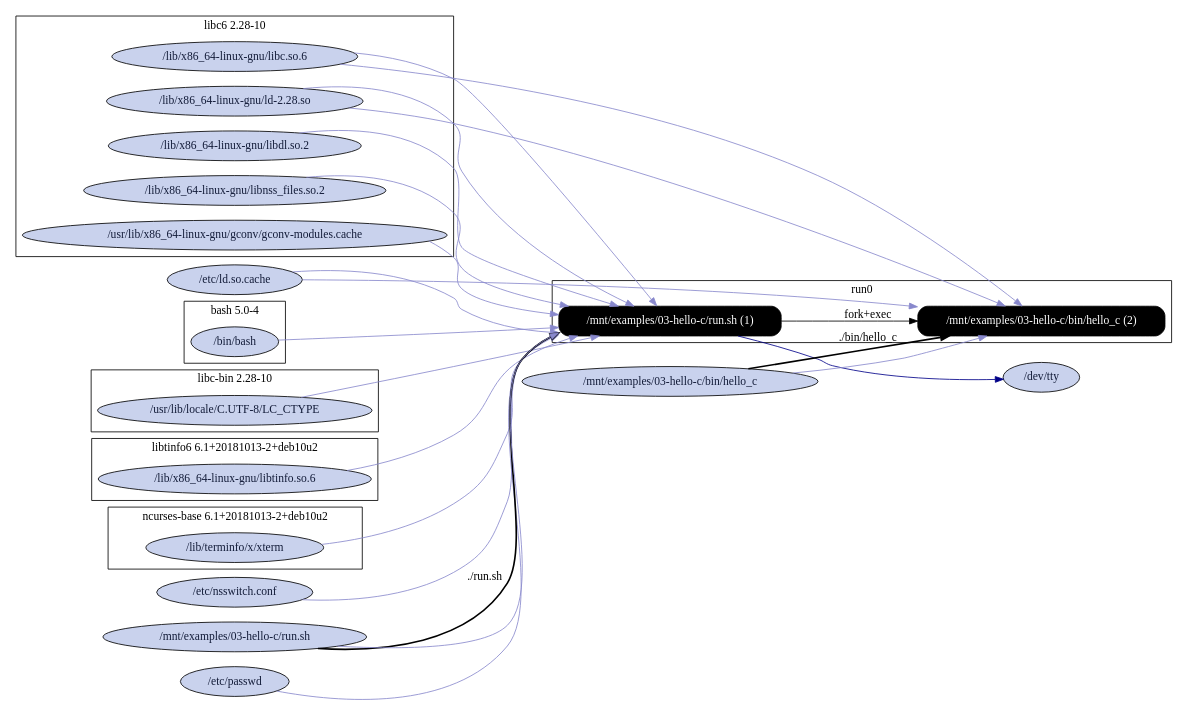
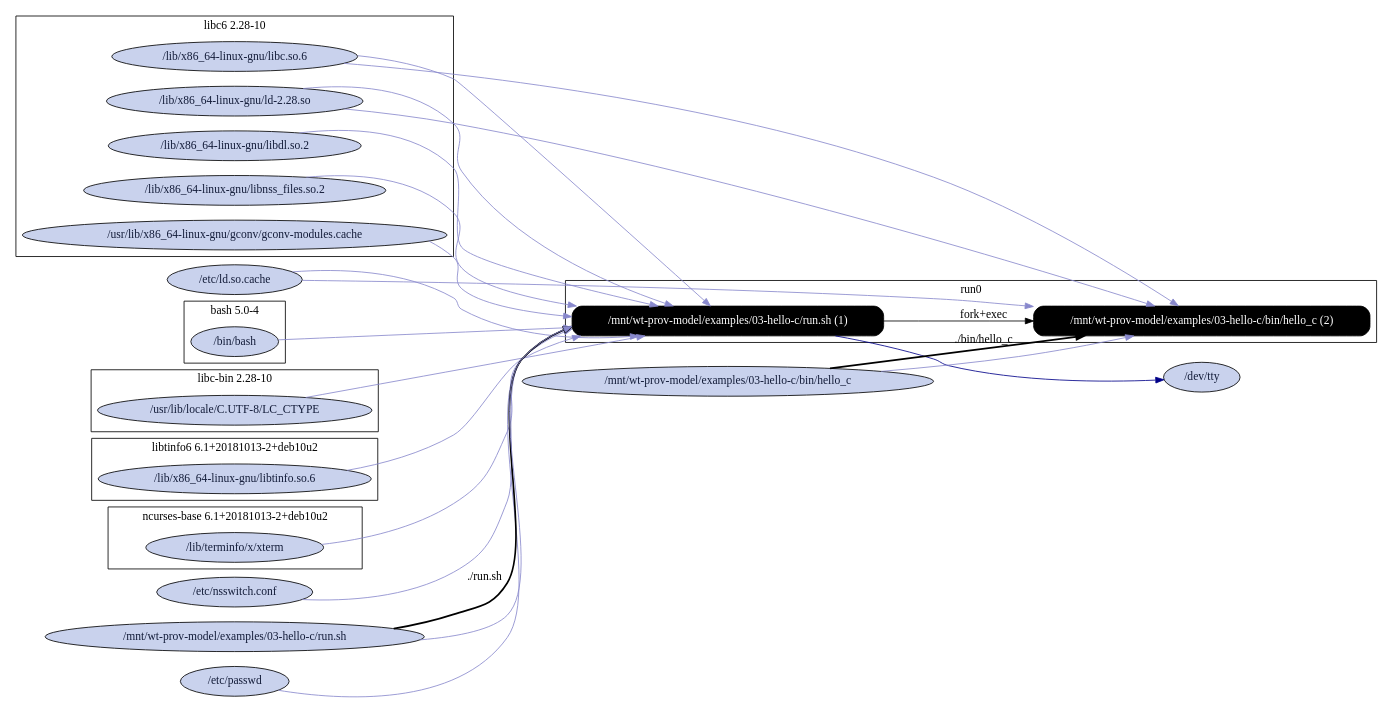
Before and after one commit to CIRSS/cpr: the diagram in examples/03-hello-c/graphs/rpz_E_processes_with_all_files_and_packages.dot, drawn with Graphviz. The commit also changed 106 other files, not shown here.

```diff
--- a/examples/03-hello-c/graphs/rpz_E_processes_with_all_files_and_packages.dot
+++ b/examples/03-hello-c/graphs/rpz_E_processes_with_all_files_and_packages.dot
@@ -1,69 +1,69 @@
 digraph G {
     rankdir=LR;
 
     /* programs */
     node [shape=box fontcolor=white fillcolor=black style="filled,rounded"];
     subgraph cluster_run0 {
         label="run0";
-        prog0 [label="/mnt/examples/03-hello-c/run.sh (1)"];
-        prog1 [label="/mnt/examples/03-hello-c/bin/hello_c (2)"];
+        prog0 [label="/mnt/wt-prov-model/examples/03-hello-c/run.sh (1)"];
+        prog1 [label="/mnt/wt-prov-model/examples/03-hello-c/bin/hello_c (2)"];
         prog0 -> prog1 [label="fork+exec"];
     }
 
     node [shape=ellipse fontcolor="#131C39" fillcolor="#C9D2ED"];
 
     /* system packages */
     subgraph cluster_pkg0 {
         label="bash 5.0-4";
         "/bin/bash";
     }
     subgraph cluster_pkg1 {
         label="libc-bin 2.28-10";
         "/usr/lib/locale/C.UTF-8/LC_CTYPE";
     }
     subgraph cluster_pkg2 {
         label="libc6 2.28-10";
         "/lib/x86_64-linux-gnu/ld-2.28.so";
         "/lib/x86_64-linux-gnu/libc.so.6";
         "/lib/x86_64-linux-gnu/libdl.so.2";
         "/lib/x86_64-linux-gnu/libnss_files.so.2";
         "/usr/lib/x86_64-linux-gnu/gconv/gconv-modules.cache";
     }
     subgraph cluster_pkg3 {
         label="libtinfo6 6.1+20181013-2+deb10u2";
         "/lib/x86_64-linux-gnu/libtinfo.so.6";
     }
     subgraph cluster_pkg4 {
         label="ncurses-base 6.1+20181013-2+deb10u2";
         "/lib/terminfo/x/xterm";
     }
 
     /* other files */
     "/dev/tty";
     "/etc/ld.so.cache";
     "/etc/nsswitch.conf";
     "/etc/passwd";
-    "/mnt/examples/03-hello-c/bin/hello_c";
-    "/mnt/examples/03-hello-c/run.sh";
+    "/mnt/wt-prov-model/examples/03-hello-c/bin/hello_c";
+    "/mnt/wt-prov-model/examples/03-hello-c/run.sh";
 
-    "/mnt/examples/03-hello-c/run.sh" -> prog0 [style=bold, label="./run.sh"];
+    "/mnt/wt-prov-model/examples/03-hello-c/run.sh" -> prog0 [style=bold, label="./run.sh"];
     "/bin/bash" -> prog0 [color="#8888CC"];
     "/lib/x86_64-linux-gnu/ld-2.28.so" -> prog0 [color="#8888CC"];
     "/etc/ld.so.cache" -> prog0 [color="#8888CC"];
     "/lib/x86_64-linux-gnu/libtinfo.so.6" -> prog0 [color="#8888CC"];
     "/lib/x86_64-linux-gnu/libdl.so.2" -> prog0 [color="#8888CC"];
     "/lib/x86_64-linux-gnu/libc.so.6" -> prog0 [color="#8888CC"];
     prog0 -> "/dev/tty" [color="#000088"];
     "/usr/lib/locale/C.UTF-8/LC_CTYPE" -> prog0 [color="#8888CC"];
     "/usr/lib/x86_64-linux-gnu/gconv/gconv-modules.cache" -> prog0 [color="#8888CC"];
     "/etc/nsswitch.conf" -> prog0 [color="#8888CC"];
     "/lib/x86_64-linux-gnu/libnss_files.so.2" -> prog0 [color="#8888CC"];
     "/etc/passwd" -> prog0 [color="#8888CC"];
-    "/mnt/examples/03-hello-c/run.sh" -> prog0 [color="#8888CC"];
-    "/mnt/examples/03-hello-c/bin/hello_c" -> prog1 [style=bold, label="./bin/hello_c"];
-    "/mnt/examples/03-hello-c/bin/hello_c" -> prog1 [color="#8888CC"];
+    "/mnt/wt-prov-model/examples/03-hello-c/run.sh" -> prog0 [color="#8888CC"];
+    "/mnt/wt-prov-model/examples/03-hello-c/bin/hello_c" -> prog1 [style=bold, label="./bin/hello_c"];
+    "/mnt/wt-prov-model/examples/03-hello-c/bin/hello_c" -> prog1 [color="#8888CC"];
     "/lib/x86_64-linux-gnu/ld-2.28.so" -> prog1 [color="#8888CC"];
     "/etc/ld.so.cache" -> prog1 [color="#8888CC"];
     "/lib/x86_64-linux-gnu/libc.so.6" -> prog1 [color="#8888CC"];
     "/lib/terminfo/x/xterm" -> prog0 [color="#8888CC"];
 }
```
